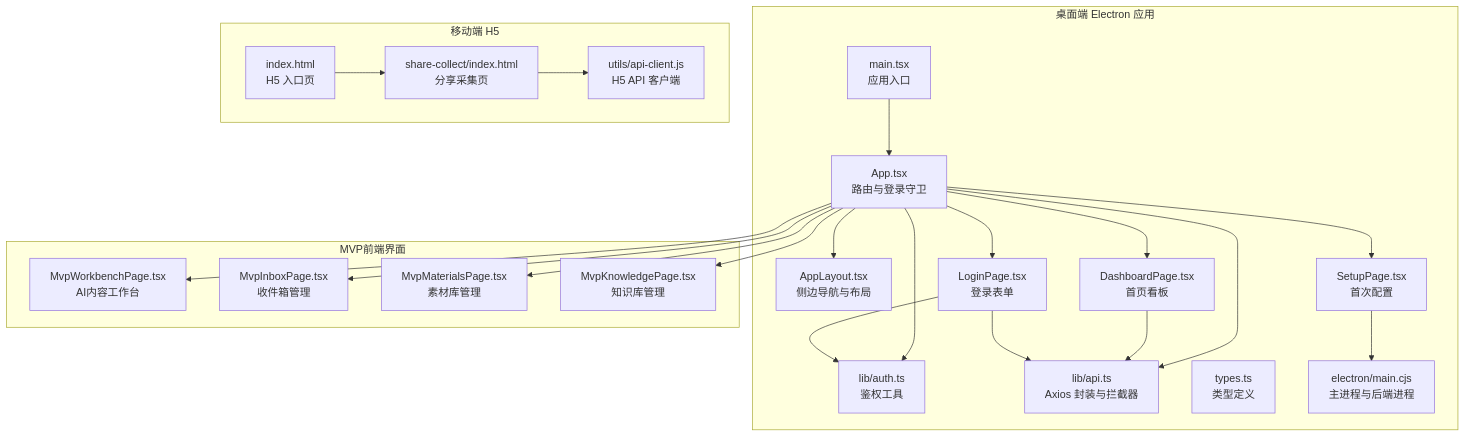
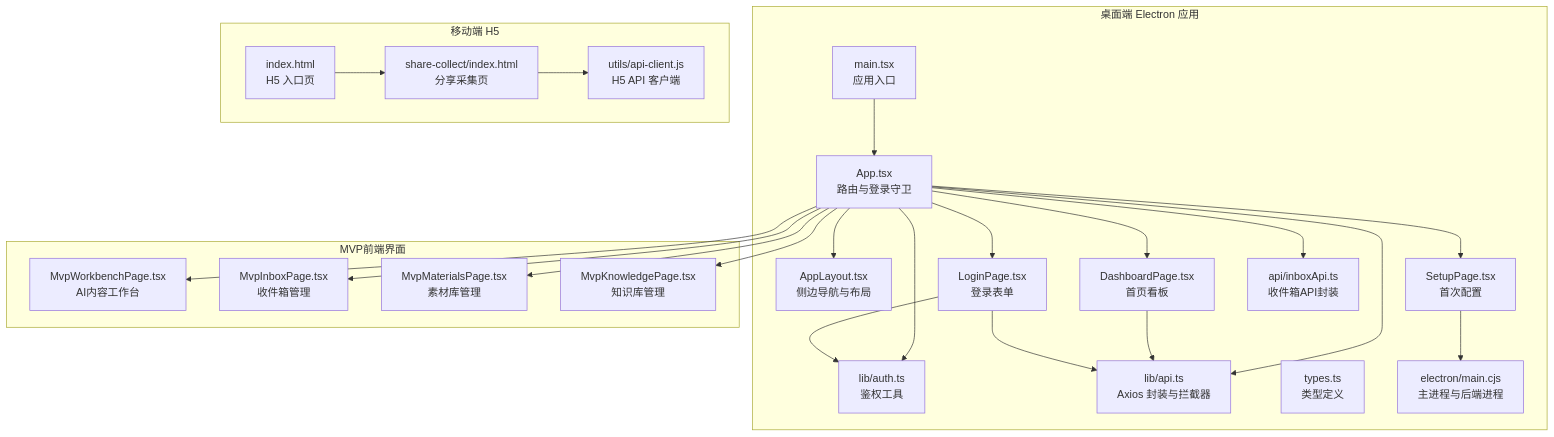
The first of 12 diagrams in .qoder/repowiki/zh/content/前端应用架构/前端应用架构.md (dream-ze/AI_huoke-), drawn with Mermaid before and after one commit. The commit also changed other lines of this file and 64 other files, not shown here.

````diff
--- a/.qoder/repowiki/zh/content/前端应用架构/前端应用架构.md
+++ b/.qoder/repowiki/zh/content/前端应用架构/前端应用架构.md
@@ -58,43 +61,45 @@
 ```mermaid
 graph TB
 subgraph "桌面端 Electron 应用"
 D_Main["main.tsx<br/>应用入口"]
 D_App["App.tsx<br/>路由与登录守卫"]
 D_Layout["AppLayout.tsx<br/>侧边导航与布局"]
 D_Login["LoginPage.tsx<br/>登录表单"]
 D_Dash["DashboardPage.tsx<br/>首页看板"]
 D_Setup["SetupPage.tsx<br/>首次配置"]
 D_Auth["lib/auth.ts<br/>鉴权工具"]
 D_Api["lib/api.ts<br/>Axios 封装与拦截器"]
 D_Types["types.ts<br/>类型定义"]
 D_Electron["electron/main.cjs<br/>主进程与后端进程"]
+D_InboxApi["api/inboxApi.ts<br/>收件箱API封装"]
 end
 subgraph "MVP前端界面"
 M_Workbench["MvpWorkbenchPage.tsx<br/>AI内容工作台"]
 M_Inbox["MvpInboxPage.tsx<br/>收件箱管理"]
 M_Materials["MvpMaterialsPage.tsx<br/>素材库管理"]
 M_Knowledge["MvpKnowledgePage.tsx<br/>知识库管理"]
 end
 subgraph "移动端 H5"
 M_Index["index.html<br/>H5 入口页"]
 M_Share["share-collect/index.html<br/>分享采集页"]
 M_Client["utils/api-client.js<br/>H5 API 客户端"]
 end
 D_Main --> D_App
 D_App --> D_Layout
 D_App --> D_Login
 D_App --> D_Dash
 D_App --> D_Setup
 D_App --> D_Auth
 D_App --> D_Api
 D_Dash --> D_Api
 D_Login --> D_Auth
 D_Login --> D_Api
 D_Setup --> D_Electron
 D_App --> M_Workbench
 D_App --> M_Inbox
 D_App --> M_Materials
 D_App --> M_Knowledge
+D_App --> D_InboxApi
 M_Index --> M_Share
 M_Share --> M_Client
 ```
````
